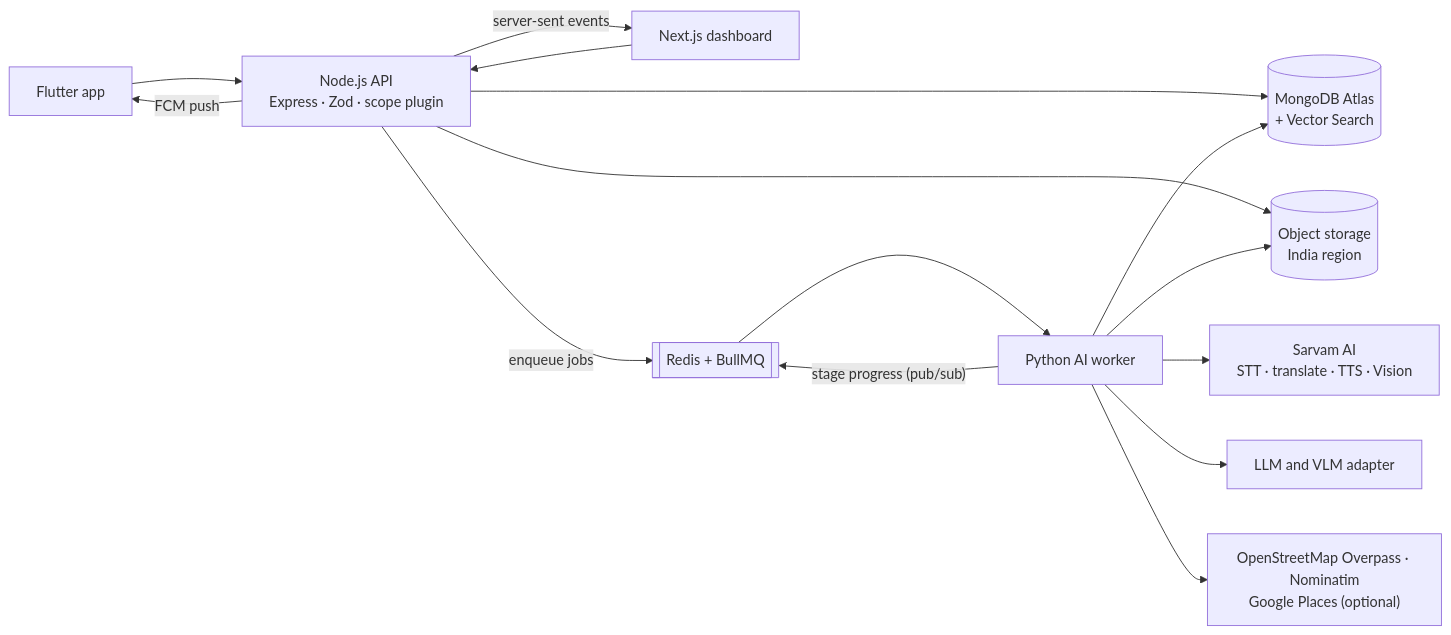
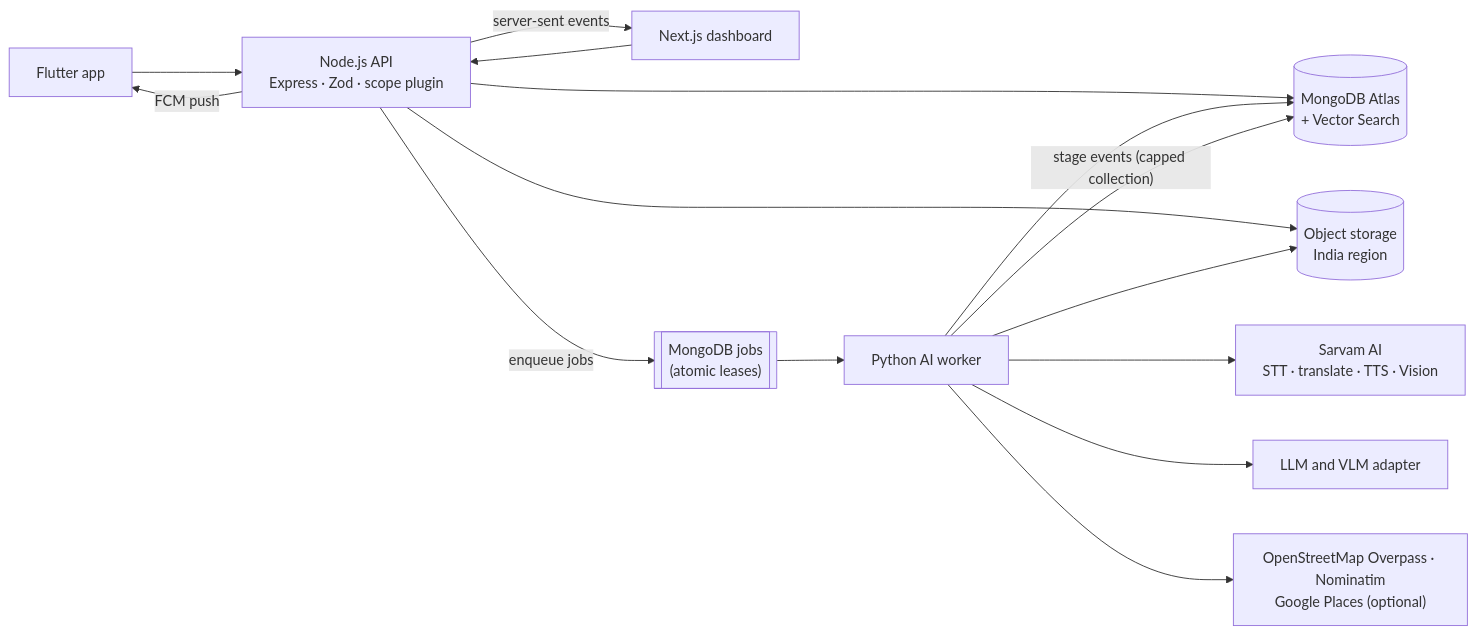
One commit to VyomVyas4765/PitchPrism changed the fourth of 4 diagrams in PitchPrism.md. Above: the diagram before and after it, drawn with Mermaid. The commit also changed other lines of this file and 64 other files, not shown here.

````diff
--- a/PitchPrism.md
+++ b/PitchPrism.md
@@ -618,17 +618,17 @@
 ```mermaid
 flowchart LR
     APP["Flutter app"] --> API
     WEB["Next.js dashboard"] --> API
     API["Node.js API<br/>Express · Zod · scope plugin"] --> DB[("MongoDB Atlas<br/>+ Vector Search")]
     API --> S3[("Object storage<br/>India region")]
-    API -->|"enqueue jobs"| Q[["Redis + BullMQ"]]
+    API -->|"enqueue jobs"| Q[["MongoDB jobs<br/>(atomic leases)"]]
     Q --> W["Python AI worker"]
     W --> DB
     W --> S3
     W --> SV["Sarvam AI<br/>STT · translate · TTS · Vision"]
     W --> LLM["LLM and VLM adapter"]
     W --> GEO["OpenStreetMap Overpass · Nominatim<br/>Google Places (optional)"]
-    W -->|"stage progress (pub/sub)"| Q
+    W -->|"stage events (capped collection)"| DB
     API -->|"server-sent events"| WEB
     API -->|"FCM push"| APP
 ```
````
